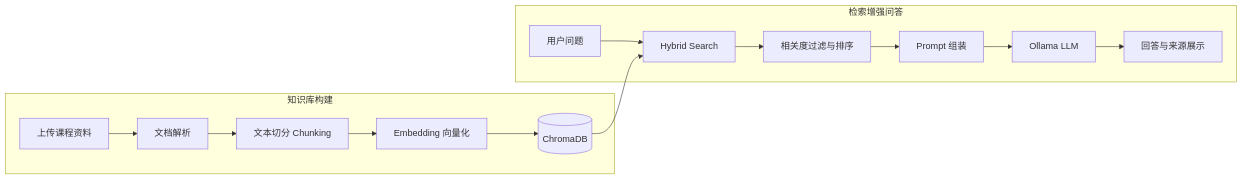
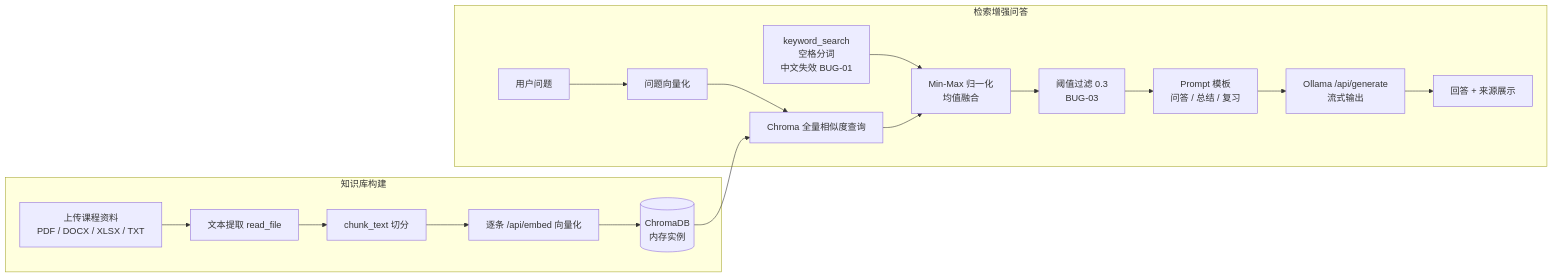
Before and after one commit to zhhan56-png/AI-Study-Assistant: the diagram in README.md, drawn with Mermaid. The commit also changed other lines of this file and 1 other file, not shown here.

````diff
--- a/README.md
+++ b/README.md
@@ -64,19 +30,22 @@
 ```mermaid
 flowchart LR
-    subgraph A[知识库构建]
-        A1[上传课程资料] --> A2[文档解析]
-        A2 --> A3[文本切分 Chunking]
-        A3 --> A4[Embedding 向量化]
-        A4 --> A5[(ChromaDB)]
+    subgraph KB[知识库构建]
+        A1[上传课程资料<br/>PDF / DOCX / XLSX / TXT] --> A2[文本提取 read_file]
+        A2 --> A3[chunk_text 切分]
+        A3 --> A4[逐条 /api/embed 向量化]
+        A4 --> A5[(ChromaDB<br/>内存实例)]
     end
 
-    subgraph B[检索增强问答]
-        B1[用户问题] --> B2[Hybrid Search]
-        B2 --> B3[相关度过滤与排序]
-        B3 --> B4[Prompt 组装]
-        B4 --> B5[Ollama LLM]
-        B5 --> B6[回答与来源展示]
+    subgraph QA[检索增强问答]
+        B1[用户问题] --> B2[问题向量化]
+        B2 --> B3[Chroma 全量相似度查询]
+        B4[keyword_search<br/>空格分词<br/>中文失效 BUG-01] --> B5[Min-Max 归一化<br/>均值融合]
+        B3 --> B5
+        B5 --> B6[阈值过滤 0.3<br/>BUG-03]
+        B6 --> B7[Prompt 模板<br/>问答 / 总结 / 复习]
+        B7 --> B8[Ollama /api/generate<br/>流式输出]
+        B8 --> B9[回答 + 来源展示]
     end
 
-    A5 --> B2
+    A5 --> B3
 ```
````
